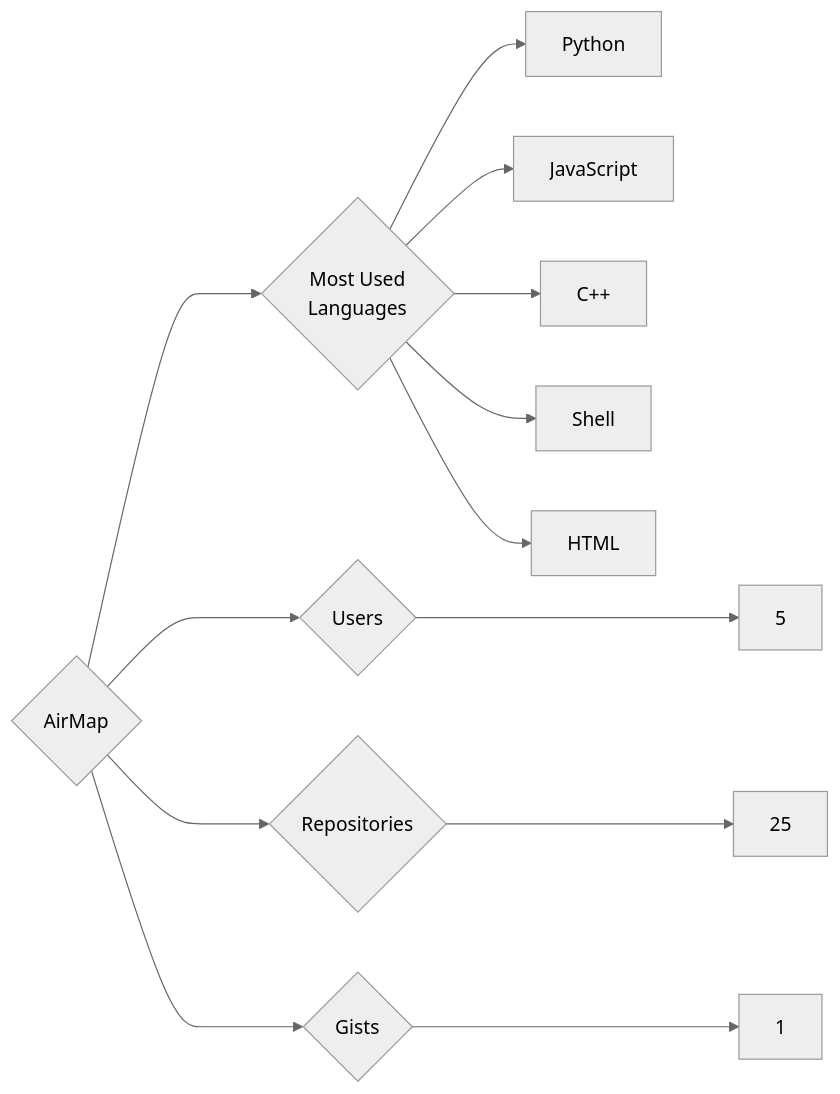
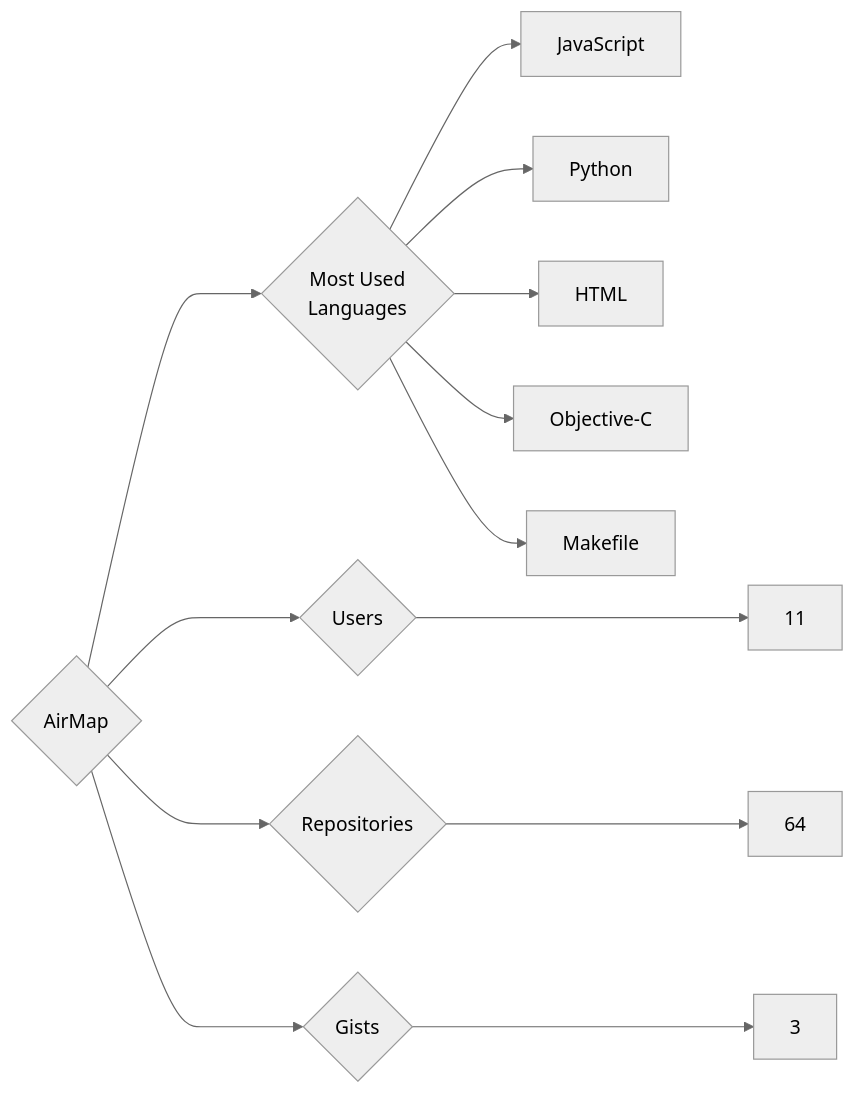
Before and after one commit to trickest/insiders: the diagram in targets/AirMap/README.md, drawn with Mermaid (neutral theme). The commit also changed 1055 other files, not shown here.

````diff
--- a/targets/AirMap/README.md
+++ b/targets/AirMap/README.md
@@ -3,13 +3,13 @@
 ```mermaid
 graph LR
 COMPANY_NAME{AirMap}
-COMPANY_NAME ---> U{Users} ---> UN[5]
-COMPANY_NAME ---> R{Repositories} ---> RN[25]
-COMPANY_NAME ---> G{Gists} ---> GN[1]
+COMPANY_NAME ---> U{Users} ---> UN[11]
+COMPANY_NAME ---> R{Repositories} ---> RN[64]
+COMPANY_NAME ---> G{Gists} ---> GN[3]
 COMPANY_NAME ---> ML{Most Used<br>Languages}
+ML --> JavaScript[JavaScript]
 ML --> Python[Python]
-ML --> JavaScript[JavaScript]
-ML --> C++[C++]
-ML --> Shell[Shell]
 ML --> HTML[HTML]
+ML --> Objective-C[Objective-C]
+ML --> Makefile[Makefile]
 ```
````
